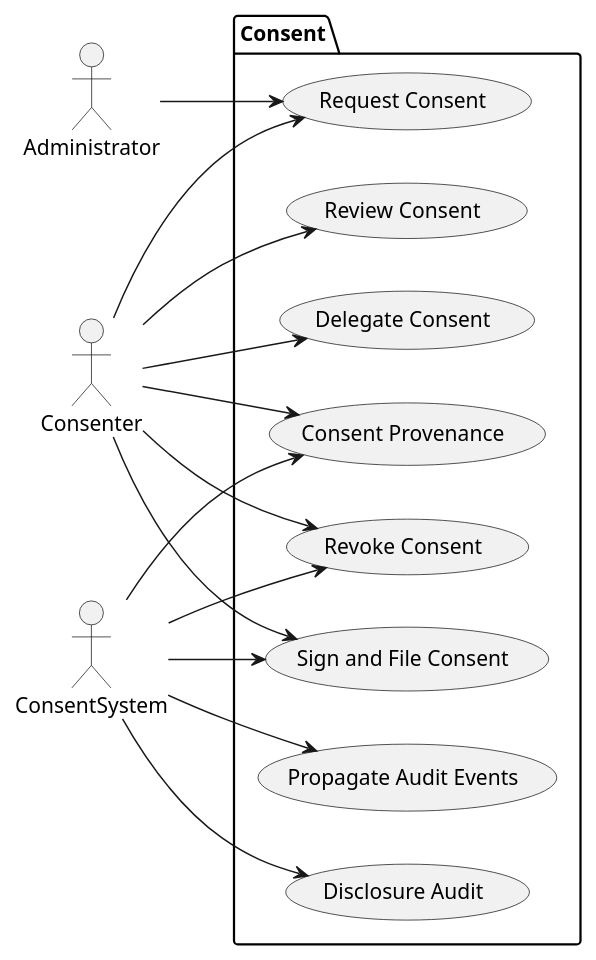
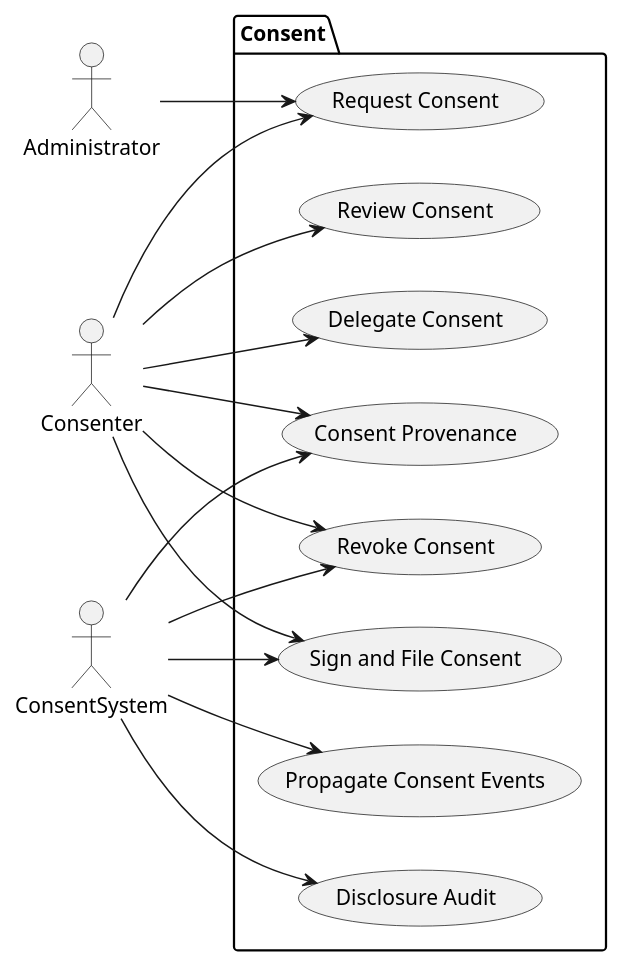
One commit to HL7/fhir-consent-management changed the diagram in input/images-source/usecases.plantuml. Above: the diagram before and after it, drawn with PlantUML.

Commit message:
fix typo in use case diagram

```diff
--- a/input/images-source/usecases.plantuml
+++ b/input/images-source/usecases.plantuml
@@ -1,28 +1,28 @@
 @startuml
 left to right direction
 actor Administrator as a
 actor Consenter as c
 actor ConsentSystem as s
 package Consent {
   usecase "Request Consent" as UC1
   usecase "Review Consent" as UC2
   usecase "Sign and File Consent" as UC3
   usecase "Delegate Consent" as UC4
   usecase "Revoke Consent" as UC5
   usecase "Disclosure Audit" as UC6
-  usecase "Propagate Audit Events" as UC7
+  usecase "Propagate Consent Events" as UC7
   usecase "Consent Provenance" as UC8
 }
 a --> UC1
 c --> UC1
 c --> UC2
 c --> UC3
 s --> UC3
 c --> UC4
 c --> UC5
 s --> UC5
 s --> UC6
 s --> UC7
 c --> UC8
 s --> UC8
 @enduml
```
